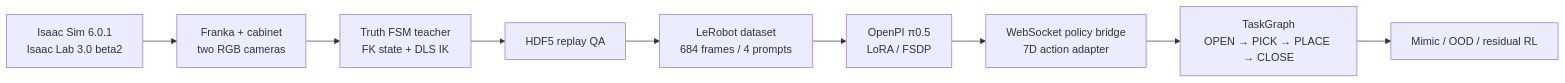
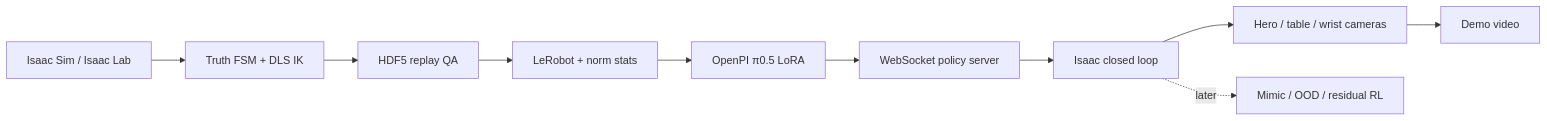
The diagram in README.md (Erictianyufan/vla-tidybench), drawn with Mermaid before and after one commit. The commit also changed other lines of this file and 12 other files, not shown here.

````diff
--- a/README.md
+++ b/README.md
@@ -32,13 +30,12 @@
 ```mermaid
 flowchart LR
-    A["Isaac Sim 6.0.1<br/>Isaac Lab 3.0 beta2"]
-    B["Franka + cabinet<br/>two RGB cameras"]
-    C["Truth FSM teacher<br/>FK state + DLS IK"]
-    D["HDF5 replay QA"]
-    E["LeRobot dataset<br/>684 frames / 4 prompts"]
-    F["OpenPI π0.5<br/>LoRA / FSDP"]
-    G["WebSocket policy bridge<br/>7D action adapter"]
-    H["TaskGraph<br/>OPEN → PICK → PLACE → CLOSE"]
-    I["Mimic / OOD / residual RL"]
-    A --> B --> C --> D --> E --> F --> G --> H --> I
+    A["Isaac Sim / Isaac Lab"] --> B["Truth FSM + DLS IK"]
+    B --> C["HDF5 replay QA"]
+    C --> D["LeRobot + norm stats"]
+    D --> E["OpenPI π0.5 LoRA"]
+    E --> F["WebSocket policy server"]
+    F --> G["Isaac closed loop"]
+    G --> H["Hero / table / wrist cameras"]
+    H --> I["Demo video"]
+    G -. later .-> J["Mimic / OOD / residual RL"]
 ```
````
